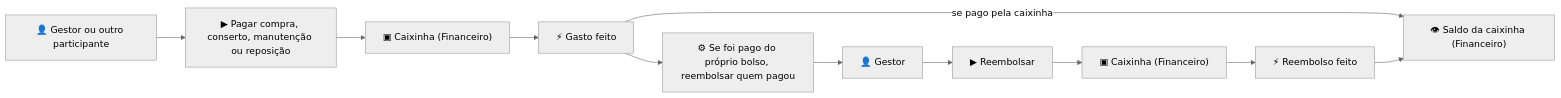
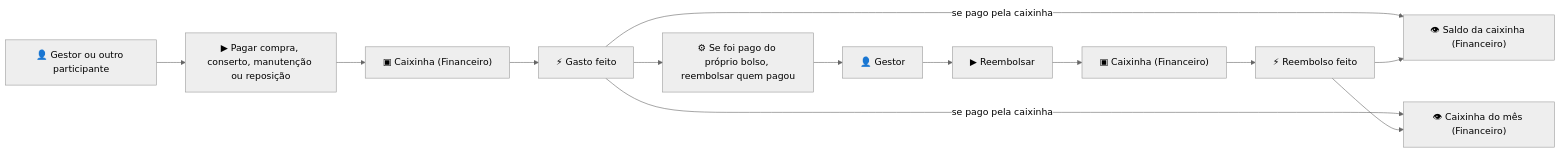
The fourth of 7 diagrams in docs/dominio/MODELOS.md (hsborges/facoffee-app), drawn with Mermaid before and after one commit. The commit also changed other lines of this file and 31 other files, not shown here.

First line of the commit message:
feat(financeiro)!: tipo de gasto e caixinha do mês (#86)

````diff
--- a/docs/dominio/MODELOS.md
+++ b/docs/dominio/MODELOS.md
@@ -139,9 +142,11 @@
 ```mermaid
 %%{init: {"theme": "neutral"}}%%
 flowchart LR
 
     A1["👤 Gestor ou outro participante"] --> C1["▶ Pagar compra, conserto, manutenção ou reposição"] --> G1["▣ Caixinha (Financeiro)"] --> E1["⚡ Gasto feito"]
     E1 --> P1["⚙ Se foi pago do próprio bolso, reembolsar quem pagou"] --> A2["👤 Gestor"] --> C2["▶ Reembolsar"] --> G2["▣ Caixinha (Financeiro)"] --> E2["⚡ Reembolso feito"]
     E1 -- "se pago pela caixinha" --> R1["👁 Saldo da caixinha (Financeiro)"]
     E2 --> R1
+    E1 -- "se pago pela caixinha" --> R2["👁 Caixinha do mês (Financeiro)"]
+    E2 --> R2
 ```
````
